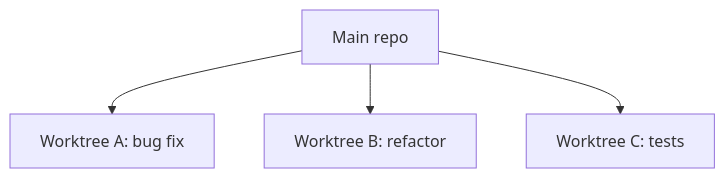
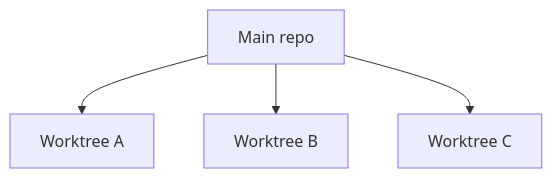
One commit to jonnyk17/youtube-tutorials changed the third of 3 diagrams in tutorials/codex-for-developers/README.md. Above: the diagram before and after it, drawn with Mermaid. The commit also changed other lines of this file and 3 other files, not shown here.

Commit message:
docs: refine codex tutorial flow and demo assets

````diff
--- a/tutorials/codex-for-developers/README.md
+++ b/tutorials/codex-for-developers/README.md
@@ -332,6 +187,6 @@
 ```mermaid
 flowchart TD
-    A["Main repo"] --> B["Worktree A: bug fix"]
-    A --> C["Worktree B: refactor"]
-    A --> D["Worktree C: tests"]
+    A["Main repo"] --> B["Worktree A"]
+    A --> C["Worktree B"]
+    A --> D["Worktree C"]
 ```
````
